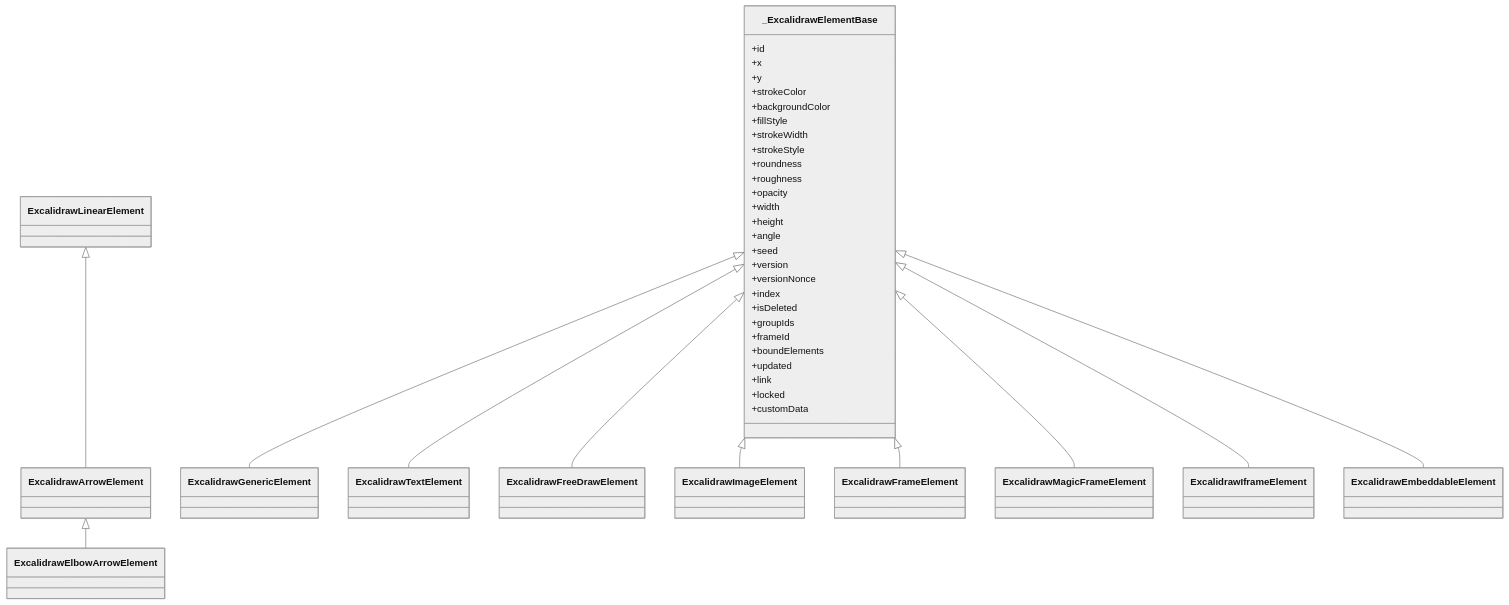
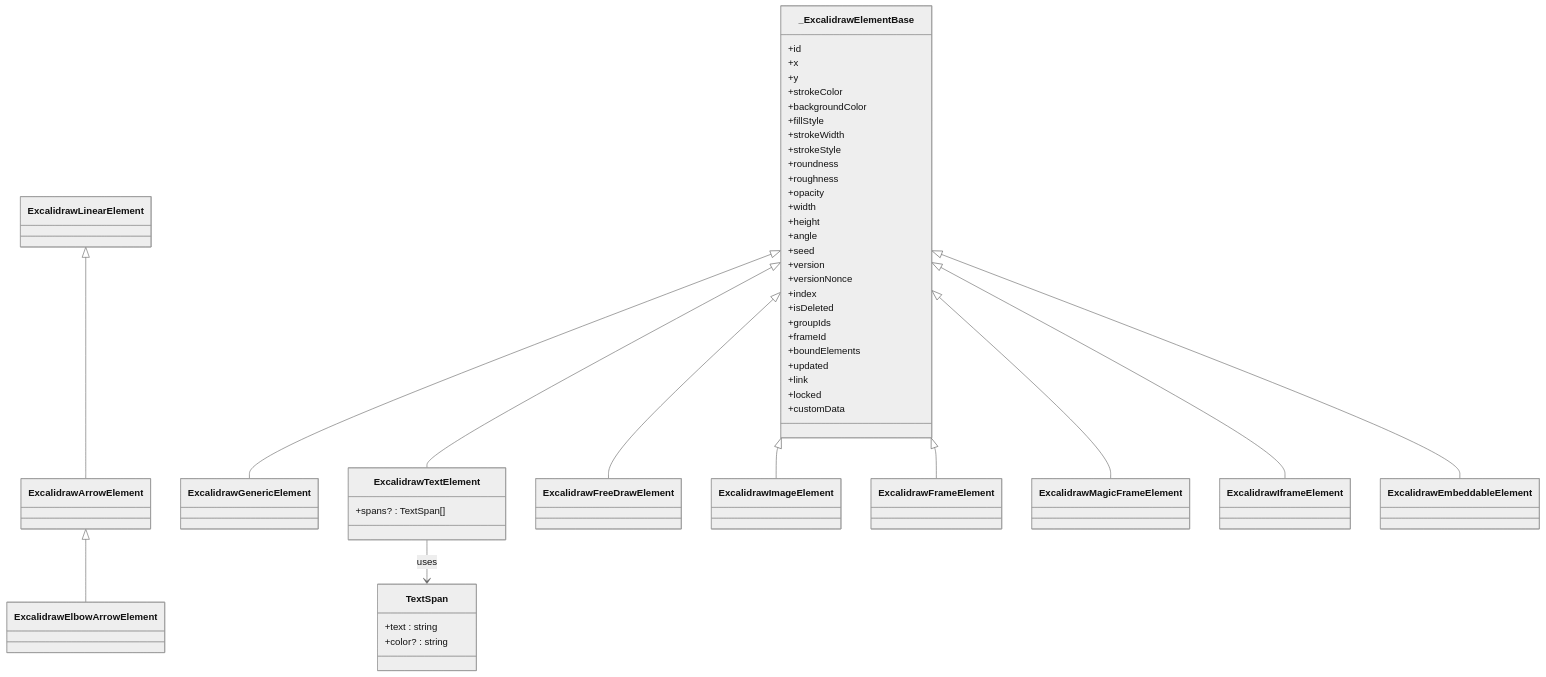
One commit to Az-qianchen/Excalidraw changed the third of 8 diagrams in .qoder/repowiki/zh/content/元素系统/元素系统.md. Above: the diagram before and after it, drawn with Mermaid (neutral theme). The commit also changed other lines of this file and 14 other files, not shown here.

````diff
--- a/.qoder/repowiki/zh/content/元素系统/元素系统.md
+++ b/.qoder/repowiki/zh/content/元素系统/元素系统.md
@@ -146,51 +172,58 @@
 ```mermaid
 classDiagram
 class _ExcalidrawElementBase {
 +id
 +x
 +y
 +strokeColor
 +backgroundColor
 +fillStyle
 +strokeWidth
 +strokeStyle
 +roundness
 +roughness
 +opacity
 +width
 +height
 +angle
 +seed
 +version
 +versionNonce
 +index
 +isDeleted
 +groupIds
 +frameId
 +boundElements
 +updated
 +link
 +locked
 +customData
 }
 class ExcalidrawGenericElement
-class ExcalidrawTextElement
+class ExcalidrawTextElement {
++spans? : TextSpan[]
+}
 class ExcalidrawLinearElement
 class ExcalidrawArrowElement
 class ExcalidrawFreeDrawElement
 class ExcalidrawImageElement
 class ExcalidrawFrameElement
 class ExcalidrawMagicFrameElement
 class ExcalidrawIframeElement
 class ExcalidrawEmbeddableElement
+class TextSpan {
++text : string
++color? : string
+}
 _ExcalidrawElementBase <|-- ExcalidrawGenericElement
 _ExcalidrawElementBase <|-- ExcalidrawTextElement
 _ExcalidrawElementBase <|-- ExcalidrawFreeDrawElement
 _ExcalidrawElementBase <|-- ExcalidrawImageElement
 _ExcalidrawElementBase <|-- ExcalidrawFrameElement
 _ExcalidrawElementBase <|-- ExcalidrawMagicFrameElement
 _ExcalidrawElementBase <|-- ExcalidrawIframeElement
 _ExcalidrawElementBase <|-- ExcalidrawEmbeddableElement
 ExcalidrawLinearElement <|-- ExcalidrawArrowElement
 ExcalidrawArrowElement <|-- ExcalidrawElbowArrowElement
+ExcalidrawTextElement --> TextSpan : uses
 ```
````
